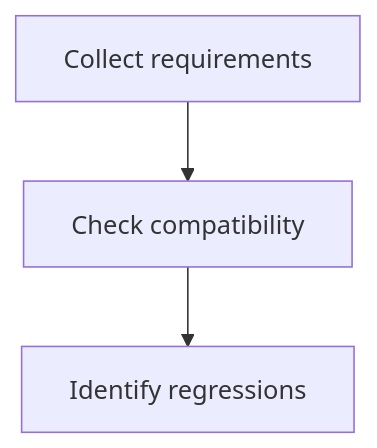
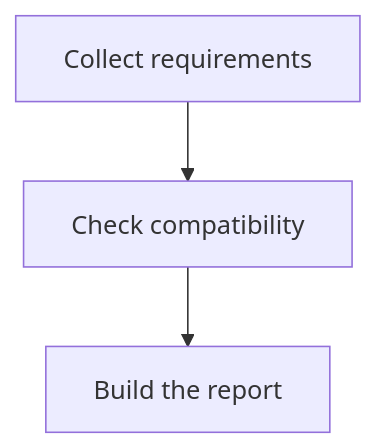
One commit to paritytech/polkadot-pop-e2e changed the diagram in environments/meta-check/README.md. Above: the diagram before and after it, drawn with Mermaid. The commit also changed other lines of this file and 1 other file, not shown here.

Commit message:
finish main TechDetails.md part

````diff
--- a/environments/meta-check/README.md
+++ b/environments/meta-check/README.md
@@ -26,5 +26,5 @@
 ```mermaid
 flowchart TD
     A["Collect requirements"] --> B["Check compatibility"]
-    B --> C["Identify regressions"]
+    B --> C["Build the report"]
 ```
````
